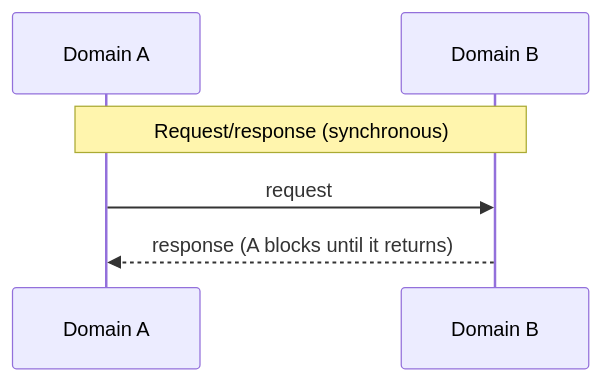
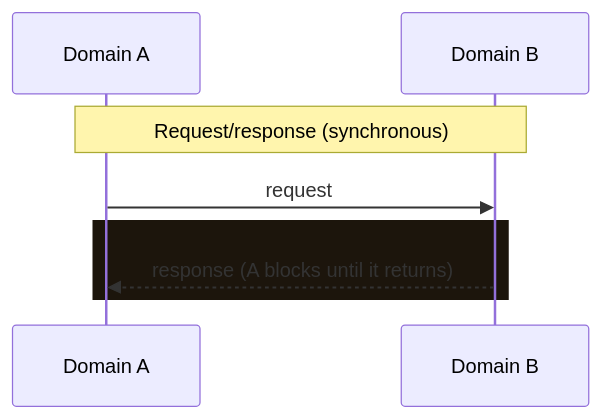
One commit to raghavarora12/engineering-playbook changed the first of 3 diagrams in adrs/005-event-driven-vs-request-response.md. Above: the diagram before and after it, drawn with Mermaid. The commit also changed other lines of this file and 10 other files, not shown here.

````diff
--- a/adrs/005-event-driven-vs-request-response.md
+++ b/adrs/005-event-driven-vs-request-response.md
@@ -39,8 +57,10 @@
 ```mermaid
 sequenceDiagram
     participant A as Domain A
     participant B as Domain B
     Note over A,B: Request/response (synchronous)
     A->>B: request
+    rect rgb(28, 21, 12)
     B-->>A: response (A blocks until it returns)
+    end
 ```
````
